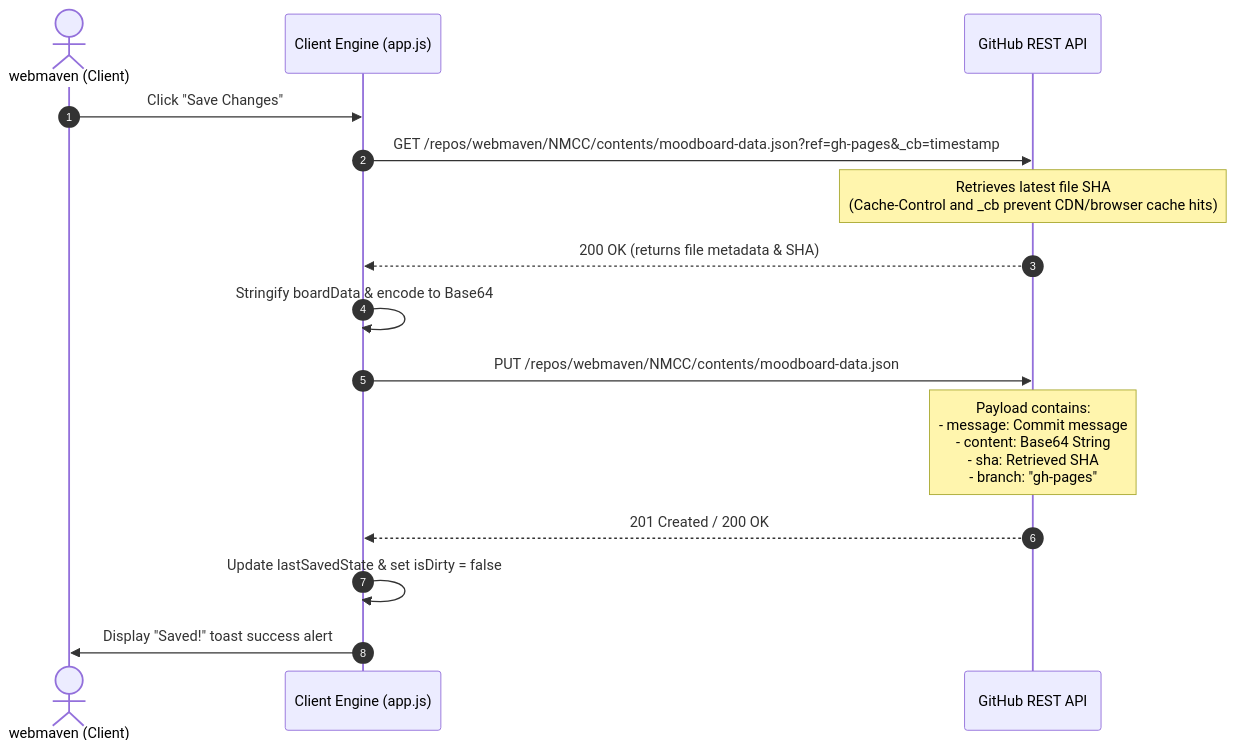
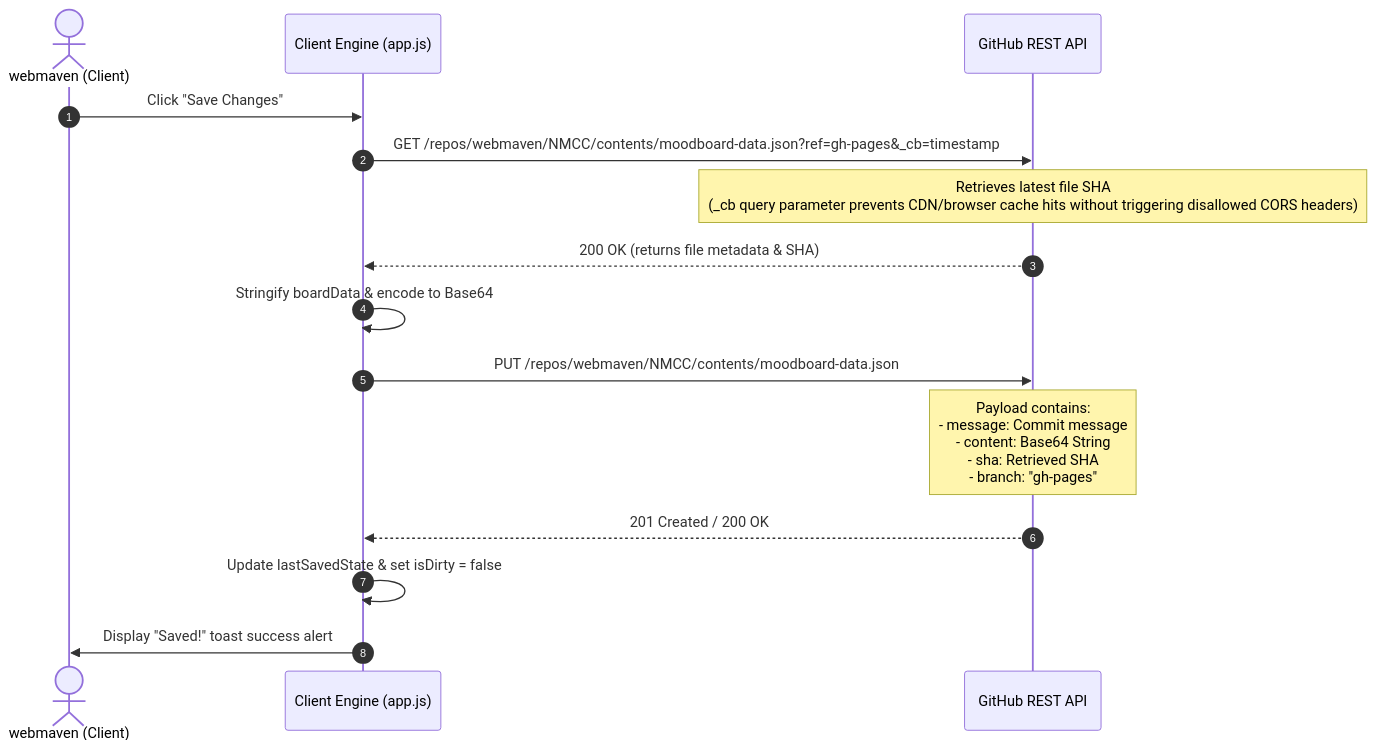
The diagram in AGENTS.md (webmaven/NMCC), drawn with Mermaid before and after one commit.

Commit message:
docs: update AGENTS.md persistence notes to reflect CORS-safe caching

````diff
--- a/AGENTS.md
+++ b/AGENTS.md
@@ -132,20 +132,20 @@
 ```mermaid
 sequenceDiagram
   autonumber
   actor User as webmaven (Client)
   participant App as Client Engine (app.js)
   participant GH as GitHub REST API
 
   User->>App: Click "Save Changes"
   App->>GH: GET /repos/webmaven/NMCC/contents/moodboard-data.json?ref=gh-pages&_cb=timestamp
-  Note over GH: Retrieves latest file SHA<br/>(Cache-Control and _cb prevent CDN/browser cache hits)
+  Note over GH: Retrieves latest file SHA<br/>(_cb query parameter prevents CDN/browser cache hits without triggering disallowed CORS headers)
   GH-->>App: 200 OK (returns file metadata & SHA)
   
   App->>App: Stringify boardData & encode to Base64
   
   App->>GH: PUT /repos/webmaven/NMCC/contents/moodboard-data.json
   Note over GH: Payload contains:<br/>- message: Commit message<br/>- content: Base64 String<br/>- sha: Retrieved SHA<br/>- branch: "gh-pages"
   GH-->>App: 201 Created / 200 OK
   App->>App: Update lastSavedState & set isDirty = false
   App->>User: Display "Saved!" toast success alert
 ```
````
